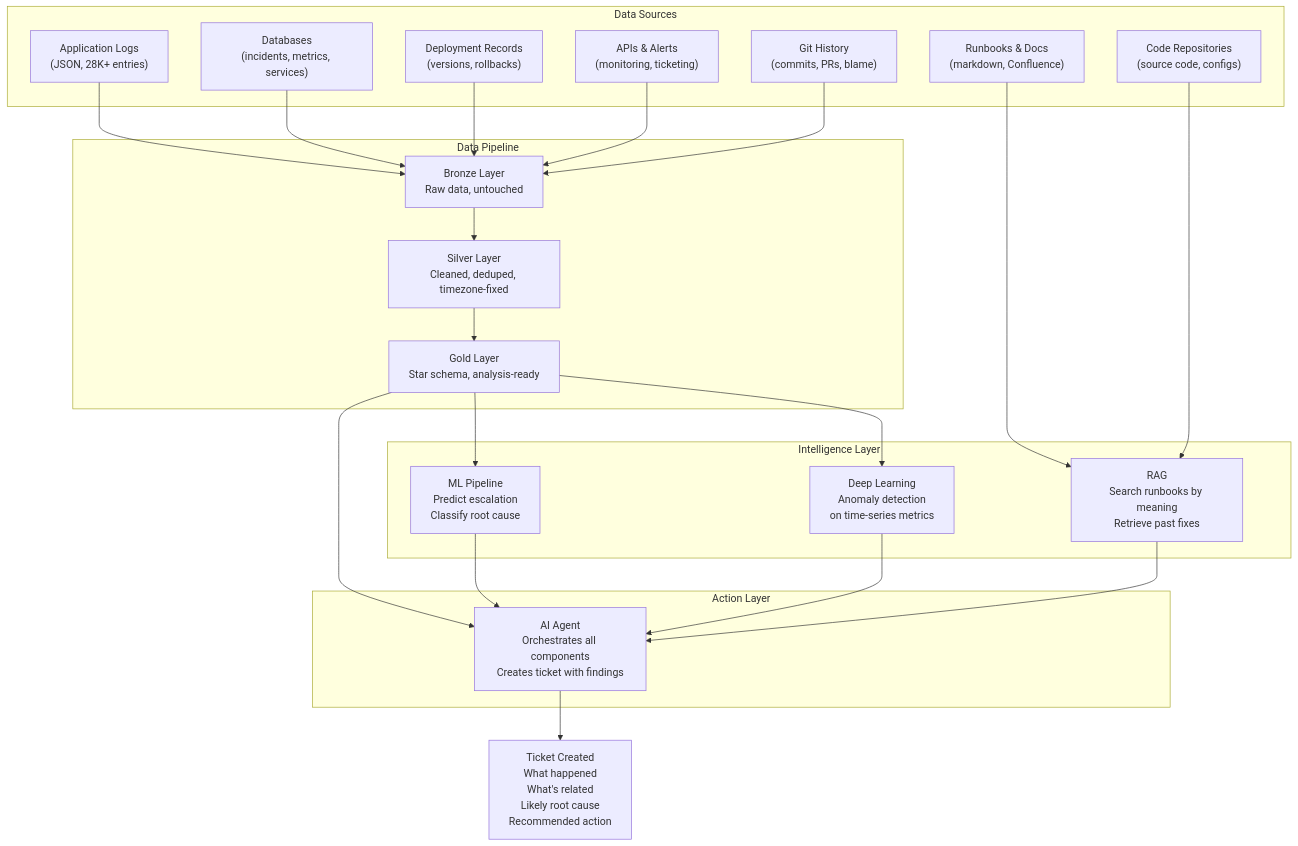
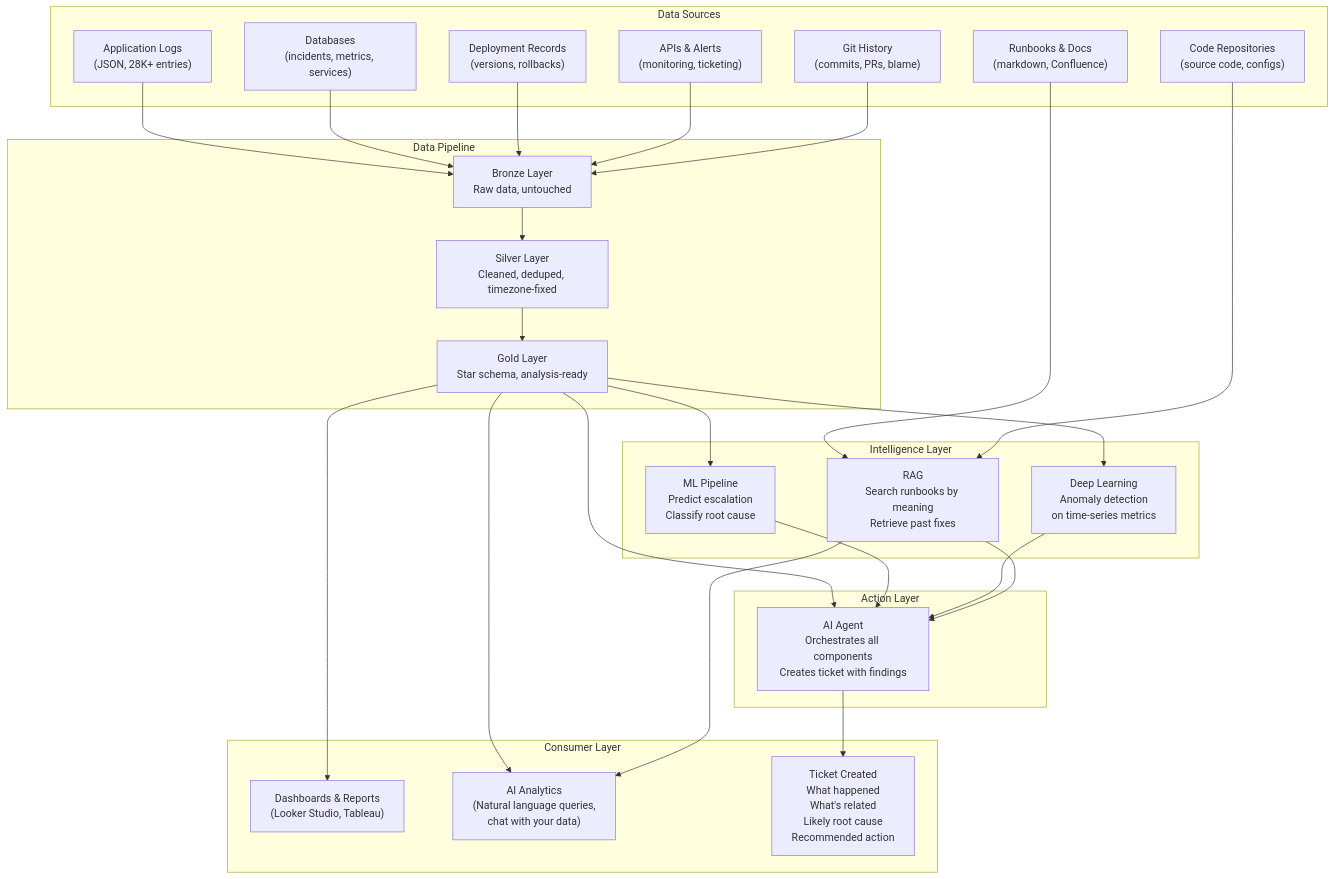
The first of 2 diagrams in systems/production-diagnostics/architecture.md (sunilmogadati/systems-in-production), drawn with Mermaid before and after one commit.

Commit message:
Add Consumer Layer to architecture: dashboards, AI analytics (chat with data), tickets
Gold feeds three consumers:
- Traditional dashboards/reports (Looker Studio, Tableau)
- AI analytics (natural language queries over structured data)
- Diagnostic agent (creates tickets with findings)
RAG also feeds AI analytics (query over docs + data)

````diff
--- a/systems/production-diagnostics/architecture.md
+++ b/systems/production-diagnostics/architecture.md
@@ -11,49 +11,58 @@
 ```mermaid
 graph TD
     subgraph Data Sources
         LOGS["Application Logs<br/>(JSON, 28K+ entries)"]
         DB["Databases<br/>(incidents, metrics, services)"]
         DEPLOY["Deployment Records<br/>(versions, rollbacks)"]
         DOCS["Runbooks & Docs<br/>(markdown, Confluence)"]
         API["APIs & Alerts<br/>(monitoring, ticketing)"]
         CODE["Code Repositories<br/>(source code, configs)"]
         GIT["Git History<br/>(commits, PRs, blame)"]
     end
 
     subgraph Data Pipeline
         BRONZE["Bronze Layer<br/>Raw data, untouched"]
         SILVER["Silver Layer<br/>Cleaned, deduped, timezone-fixed"]
         GOLD["Gold Layer<br/>Star schema, analysis-ready"]
     end
 
     subgraph Intelligence Layer
         ML["ML Pipeline<br/>Predict escalation<br/>Classify root cause"]
         DL["Deep Learning<br/>Anomaly detection<br/>on time-series metrics"]
         RAG["RAG<br/>Search runbooks by meaning<br/>Retrieve past fixes"]
     end
 
     subgraph Action Layer
         AGENT["AI Agent<br/>Orchestrates all components<br/>Creates ticket with findings"]
     end
 
+    subgraph Consumer Layer
+        DASH["Dashboards & Reports<br/>(Looker Studio, Tableau)"]
+        AIANA["AI Analytics<br/>(Natural language queries,<br/>chat with your data)"]
+        TICKET["Ticket Created<br/>What happened<br/>What's related<br/>Likely root cause<br/>Recommended action"]
+    end
+
     LOGS --> BRONZE
     DB --> BRONZE
     DEPLOY --> BRONZE
     DOCS --> RAG
     API --> BRONZE
     CODE --> RAG
     GIT --> BRONZE
 
     BRONZE --> SILVER
     SILVER --> GOLD
 
     GOLD --> ML
     GOLD --> DL
     GOLD --> AGENT
+    GOLD --> DASH
+    GOLD --> AIANA
 
     ML --> AGENT
     DL --> AGENT
     RAG --> AGENT
+    RAG --> AIANA
 
-    AGENT --> TICKET["Ticket Created<br/>What happened<br/>What's related<br/>Likely root cause<br/>Recommended action"]
+    AGENT --> TICKET
 ```
````
